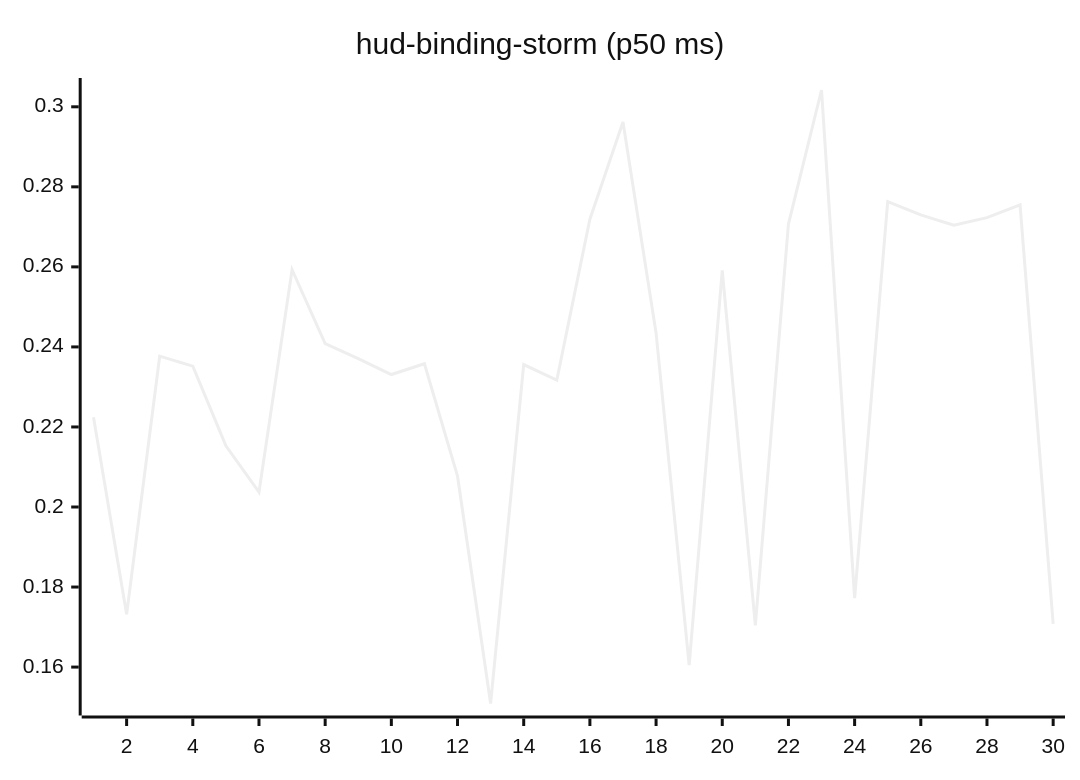
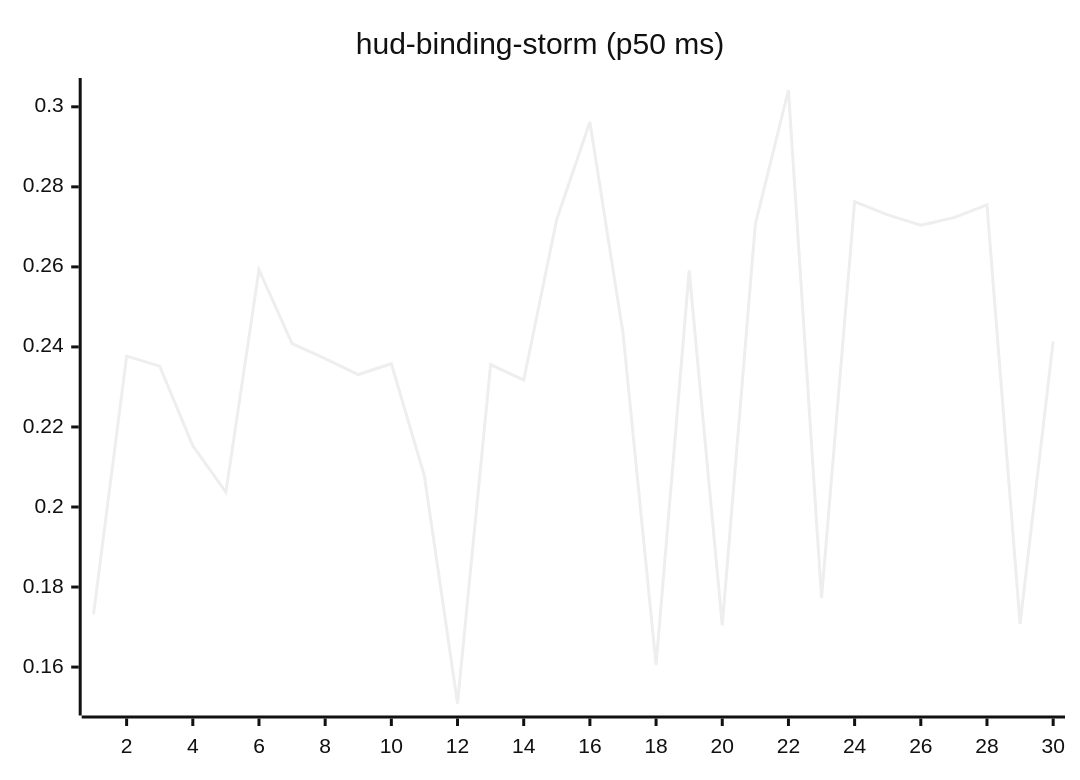
One commit to josha/Facet changed the tenth of 27 diagrams in README.md. Above: the diagram before and after it, drawn with Mermaid (neutral theme). The commit also changed other lines of this file and 2 other files, not shown here.

````diff
--- a/README.md
+++ b/README.md
@@ -126,6 +126,6 @@
 ```mermaid
 xychart-beta
     title "hud-binding-storm (p50 ms)"
     x-axis 1 --> 30
-    line [0.2224, 0.1732, 0.2377, 0.2352, 0.2153, 0.2037, 0.2593, 0.2408, 0.2371, 0.2331, 0.2358, 0.2077, 0.1509, 0.2356, 0.2317, 0.2719, 0.2962, 0.2435, 0.1605, 0.2591, 0.1704, 0.2707, 0.3042, 0.1772, 0.2763, 0.2730, 0.2704, 0.2723, 0.2755, 0.1708]
+    line [0.1732, 0.2377, 0.2352, 0.2153, 0.2037, 0.2593, 0.2408, 0.2371, 0.2331, 0.2358, 0.2077, 0.1509, 0.2356, 0.2317, 0.2719, 0.2962, 0.2435, 0.1605, 0.2591, 0.1704, 0.2707, 0.3042, 0.1772, 0.2763, 0.2730, 0.2704, 0.2723, 0.2755, 0.1708, 0.2414]
 ```
````
